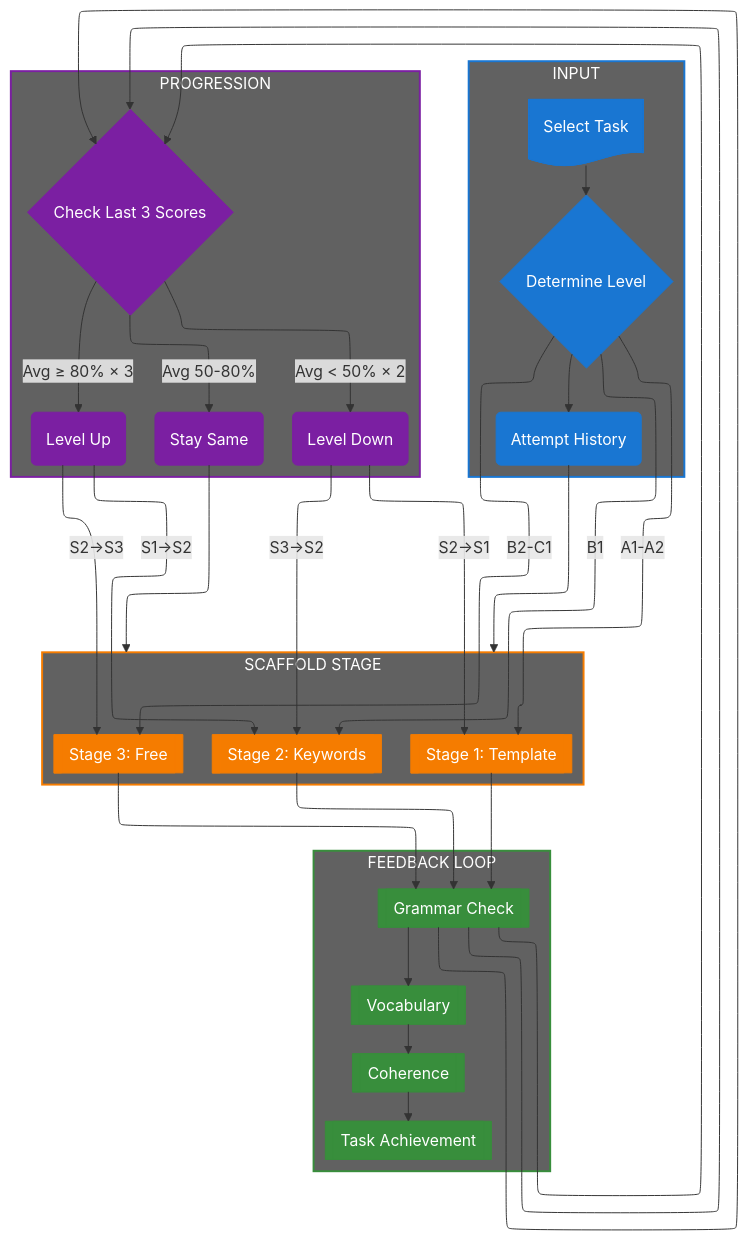
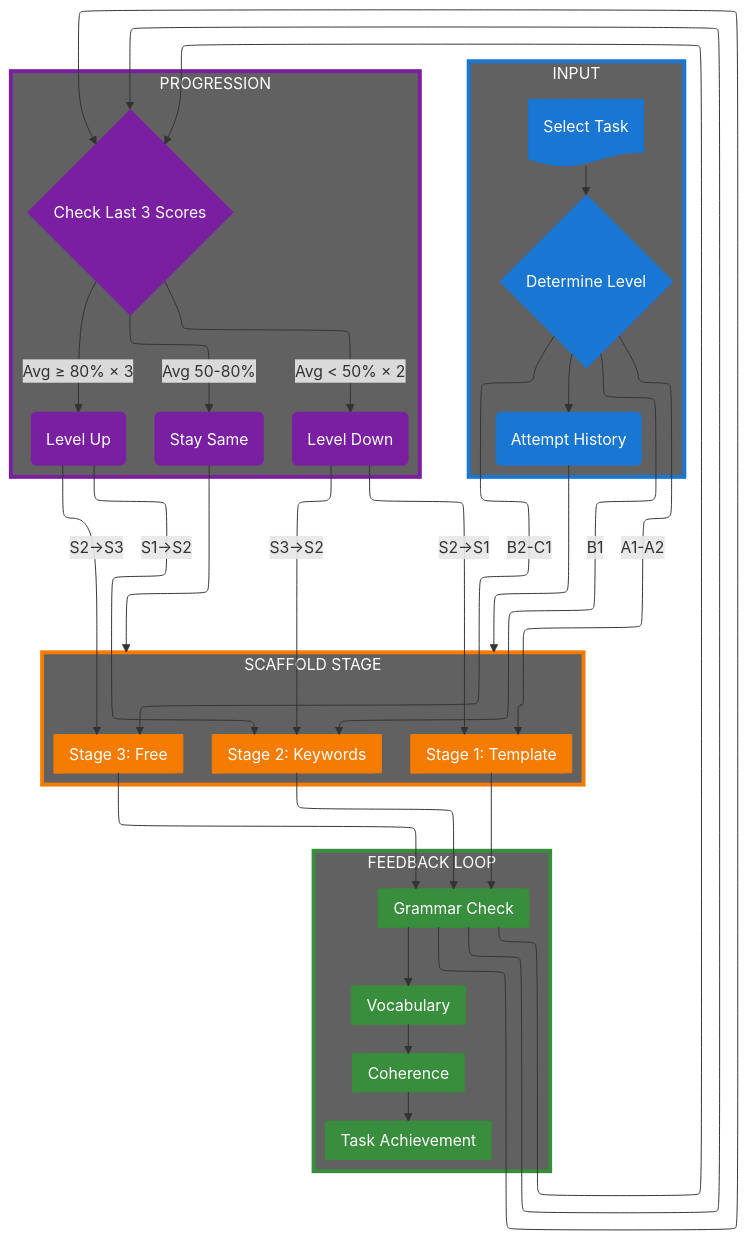
The tenth of 12 diagrams in docs/capstone/diagrams/flow-diagrams.vi.md (nghyane/VSTEP), drawn with Mermaid before and after one commit. The commit also changed other lines of this file, not shown here.

First line of the commit message:
fix(docs): increase box stroke width to 4px for better visibility

````diff
--- a/docs/capstone/diagrams/flow-diagrams.vi.md
+++ b/docs/capstone/diagrams/flow-diagrams.vi.md
@@ -661,76 +661,76 @@
 ```mermaid
 ---
 config:
   layout: elk
 ---
 flowchart TB
     subgraph Input["INPUT"]
         Task@{ shape: doc, label: "Select Task" }
         Level@{ shape: diam, label: "Determine Level" }
         History@{ shape: rounded, label: "Attempt History" }
     end
 
     subgraph Stage["SCAFFOLD STAGE"]
         direction LR
         S1@{ shape: fr-rect, label: "Stage 1: Template" }
         S2@{ shape: fr-rect, label: "Stage 2: Keywords" }
         S3@{ shape: fr-rect, label: "Stage 3: Free" }
     end
 
     subgraph Feedback["FEEDBACK LOOP"]
         direction TB
         Grammar@{ shape: fr-rect, label: "Grammar Check" }
         Vocab@{ shape: fr-rect, label: "Vocabulary" }
         Cohesion@{ shape: fr-rect, label: "Coherence" }
         TaskResp@{ shape: fr-rect, label: "Task Achievement" }
     end
 
     subgraph Progression["PROGRESSION"]
         Check@{ shape: diam, label: "Check Last 3 Scores" }
         Up@{ shape: rounded, label: "Level Up" }
         Stay@{ shape: rounded, label: "Stay Same" }
         Down@{ shape: rounded, label: "Level Down" }
     end
 
     Task --> Level --> History --> Stage
     Level -->|"A1-A2"| S1
     Level -->|"B1"| S2
     Level -->|"B2-C1"| S3
     
     S1 --> Grammar --> Check
     S2 --> Grammar --> Check
     S3 --> Grammar --> Check
     Grammar --> Vocab --> Cohesion --> TaskResp
     
     Check -->|"Avg ≥ 80% × 3"| Up
     Check -->|"Avg 50-80%"| Stay
     Check -->|"Avg < 50% × 2"| Down
     
     Up -->|"S1→S2"| S2
     Up -->|"S2→S3"| S3
     Stay --> Stage
     Down -->|"S2→S1"| S1
     Down -->|"S3→S2"| S2
 
     %% Nodes
     classDef input fill:#1976d2,stroke:#1976d2,color:#fff
     classDef stage fill:#f57c00,stroke:#f57c00,color:#fff
     classDef feedback fill:#388e3c,stroke:#388e3c,color:#fff
     classDef progress fill:#7b1fa2,stroke:#7b1fa2,color:#fff
 
     %% Boxes
-    classDef inputBox fill:#616161,stroke:#1976d2,stroke-width:2px,color:#fff
-    classDef stageBox fill:#616161,stroke:#f57c00,stroke-width:2px,color:#fff
-    classDef feedbackBox fill:#616161,stroke:#388e3c,stroke-width:2px,color:#fff
-    classDef progressBox fill:#616161,stroke:#7b1fa2,stroke-width:2px,color:#fff
+    classDef inputBox fill:#616161,stroke:#1976d2,stroke-width:4px,color:#fff
+    classDef stageBox fill:#616161,stroke:#f57c00,stroke-width:4px,color:#fff
+    classDef feedbackBox fill:#616161,stroke:#388e3c,stroke-width:4px,color:#fff
+    classDef progressBox fill:#616161,stroke:#7b1fa2,stroke-width:4px,color:#fff
 
     class Input inputBox
     class Stage stageBox
     class Feedback feedbackBox
     class Progression progressBox
 
     class Task,Level,History input
     class S1,S2,S3 stage
     class Grammar,Vocab,Cohesion,TaskResp feedback
     class Check,Up,Stay,Down progress
 ```
````
